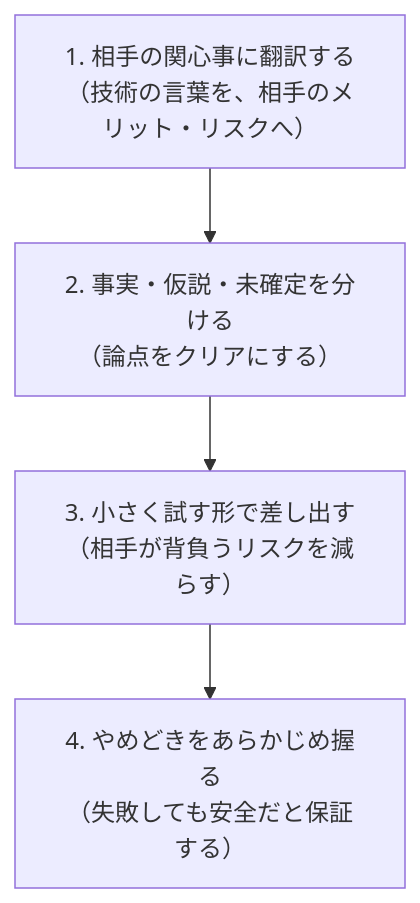
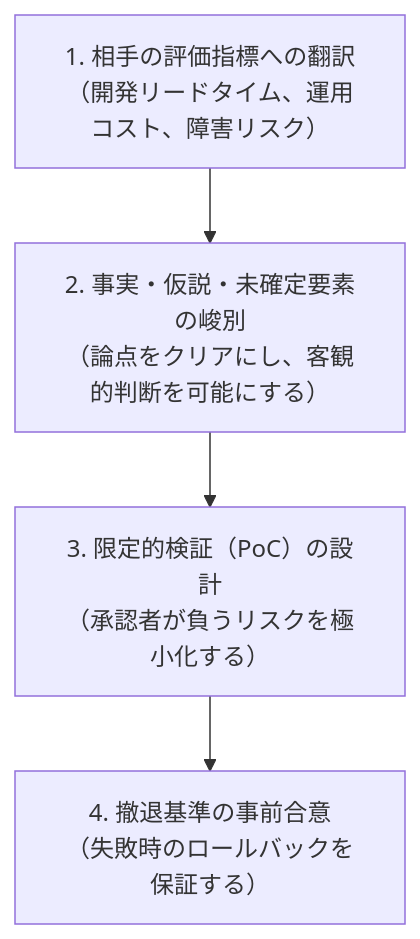
Before and after one commit to MasuqaT-NET/Zenn-contents: the diagram in books/project-management-as-dandori/7.dandori.md, drawn with Mermaid. The commit also changed other lines of this file and 7 other files, not shown here.

````diff
--- a/books/project-management-as-dandori/7.dandori.md
+++ b/books/project-management-as-dandori/7.dandori.md
@@ -46,9 +34,9 @@
 ```mermaid
 flowchart TD
-    step1["1. 相手の関心事に翻訳する<br>（技術の言葉を、相手のメリット・リスクへ）"]
-    step2["2. 事実・仮説・未確定を分ける<br>（論点をクリアにする）"]
-    step3["3. 小さく試す形で差し出す<br>（相手が背負うリスクを減らす）"]
-    step4["4. やめどきをあらかじめ握る<br>（失敗しても安全だと保証する）"]
+    step1["1. 相手の評価指標への翻訳<br>（開発リードタイム、運用コスト、障害リスク）"]
+    step2["2. 事実・仮説・未確定要素の峻別<br>（論点をクリアにし、客観的判断を可能にする）"]
+    step3["3. 限定的検証（PoC）の設計<br>（承認者が負うリスクを極小化する）"]
+    step4["4. 撤退基準の事前合意<br>（失敗時のロールバックを保証する）"]
 
     step1 --> step2 --> step3 --> step4
 ```
````
